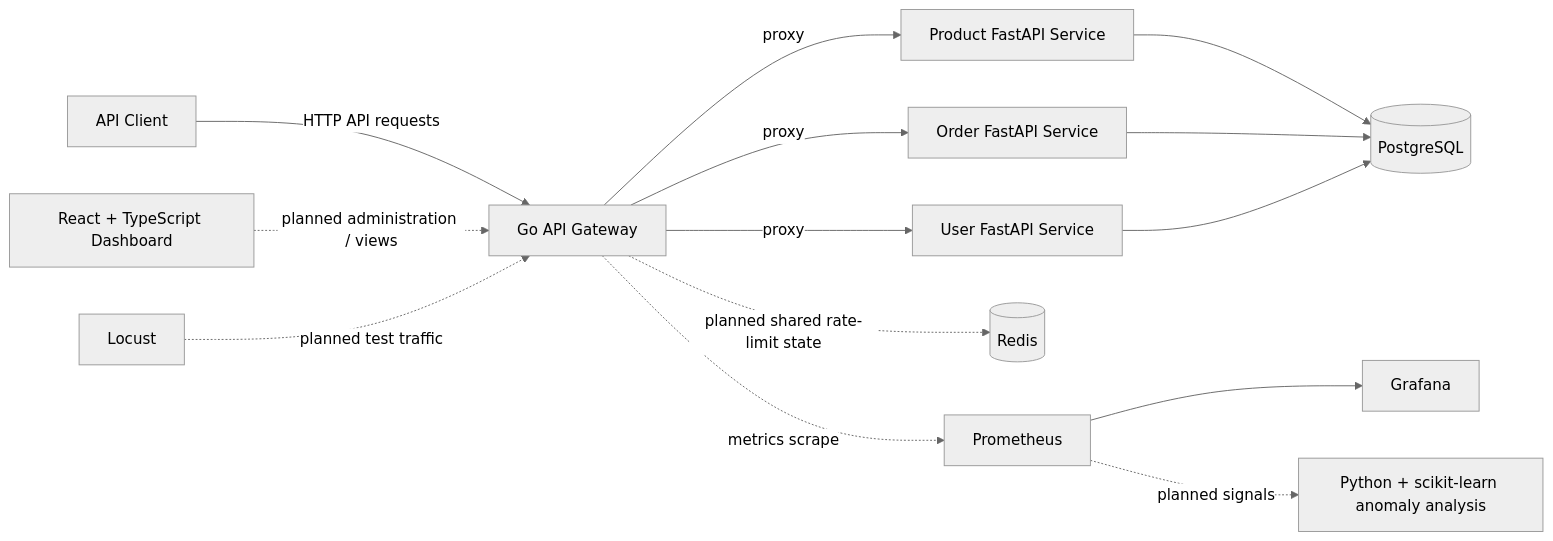
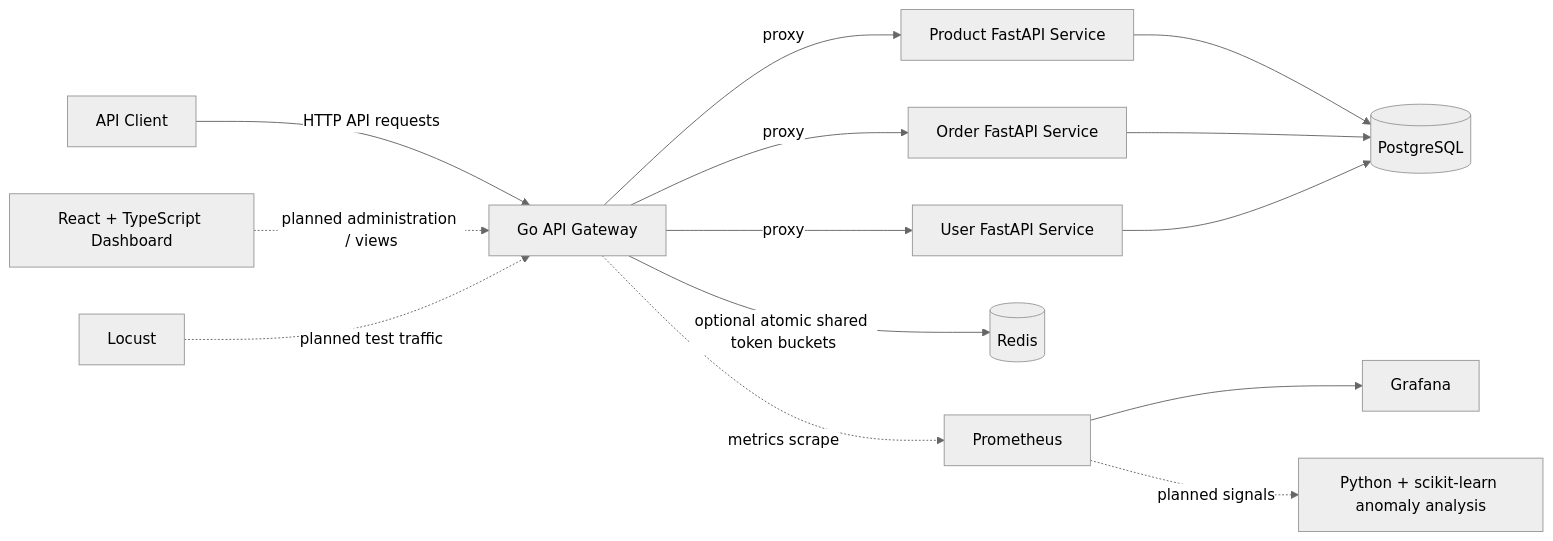
One commit to Yushi7/IntelliGate changed the first of 4 diagrams in ARCHITECTURE.md. Above: the diagram before and after it, drawn with Mermaid (neutral theme). The commit also changed other lines of this file and 12 other files, not shown here.

Commit message:
feat: add Redis-backed distributed rate limiting

````diff
--- a/ARCHITECTURE.md
+++ b/ARCHITECTURE.md
@@ -9,16 +9,16 @@
 ```mermaid
 flowchart LR
     Client[API Client] -->|HTTP API requests| Gateway[Go API Gateway]
     Dashboard[React + TypeScript Dashboard] -. planned administration / views .-> Gateway
     Gateway -->|proxy| Product[Product FastAPI Service]
     Gateway -->|proxy| Order[Order FastAPI Service]
     Gateway -->|proxy| User[User FastAPI Service]
-    Gateway -. planned shared rate-limit state .-> Redis[(Redis)]
+    Gateway -->|optional atomic shared token buckets| Redis[(Redis)]
     Product --> PostgreSQL[(PostgreSQL)]
     Order --> PostgreSQL
     User --> PostgreSQL
     Gateway -. metrics scrape .-> Prometheus[Prometheus]
     Prometheus --> Grafana[Grafana]
     Locust[Locust] -. planned test traffic .-> Gateway
     Prometheus -. planned signals .-> Anomaly[Python + scikit-learn anomaly analysis]
 ```
````
